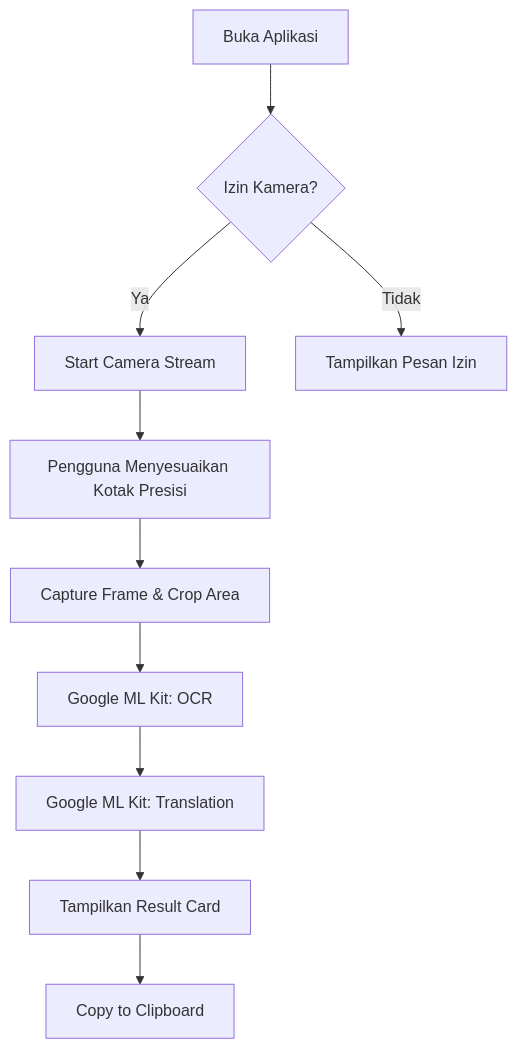
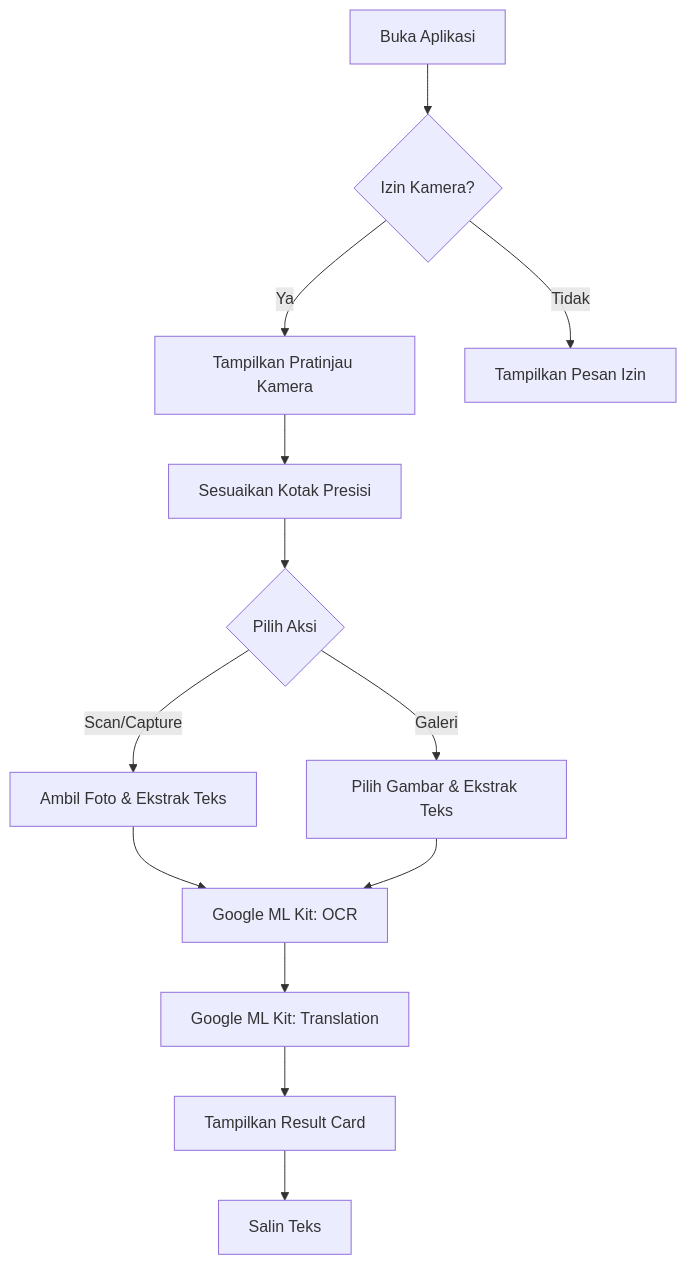
The diagram in README.md (Attoher/Ocrato), drawn with Mermaid before and after one commit. The commit also changed other lines of this file and 11 other files, not shown here.

````diff
--- a/README.md
+++ b/README.md
@@ -25,12 +24,15 @@
 ```mermaid
 graph TD
     A[Buka Aplikasi] --> B{Izin Kamera?}
-    B -- Ya --> C[Start Camera Stream]
+    B -- Ya --> C[Tampilkan Pratinjau Kamera]
     B -- Tidak --> D[Tampilkan Pesan Izin]
-    C --> E[Pengguna Menyesuaikan Kotak Presisi]
-    E --> F[Capture Frame & Crop Area]
-    F --> G[Google ML Kit: OCR]
-    G --> H[Google ML Kit: Translation]
-    H --> I[Tampilkan Result Card]
-    I --> J[Copy to Clipboard]
+    C --> E[Sesuaikan Kotak Presisi]
+    E --> F{Pilih Aksi}
+    F -- Scan/Capture --> G[Ambil Foto & Ekstrak Teks]
+    F -- Galeri --> H[Pilih Gambar & Ekstrak Teks]
+    G --> I[Google ML Kit: OCR]
+    H --> I
+    I --> J[Google ML Kit: Translation]
+    J --> K[Tampilkan Result Card]
+    K --> L[Salin Teks]
 ```
````
